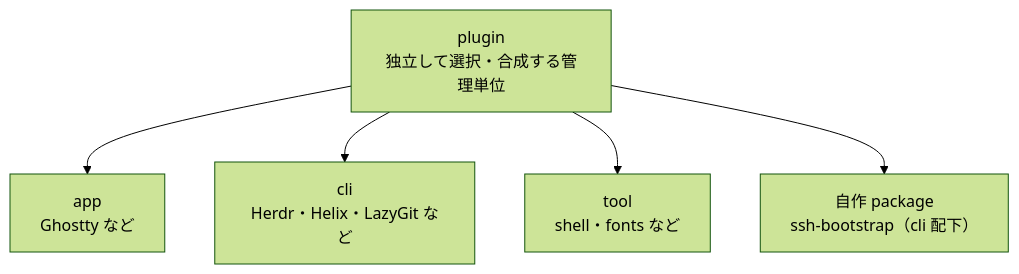
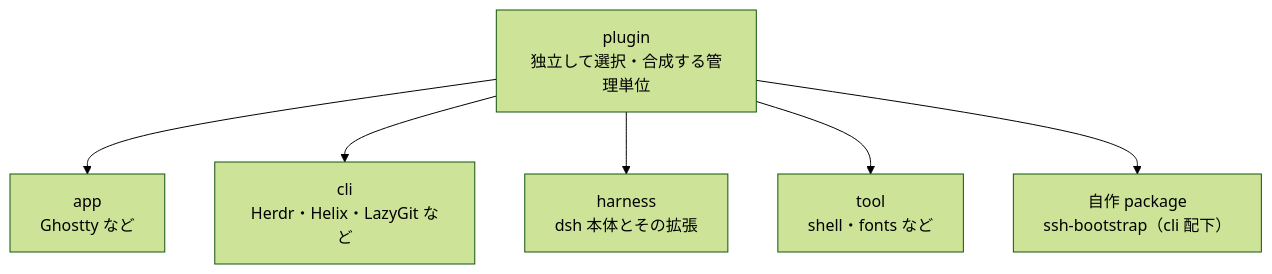
One commit to 50ki-1706/dotfiles changed the first of 2 diagrams in README.md. Above: the diagram before and after it, drawn with Mermaid (forest theme). The commit also changed other lines of this file and 87 other files, not shown here.

First line of the commit message:
feat(dsh): opendesign の tool-call index 衝突を吸収する一時 plugin を追加 (#80)

````diff
--- a/README.md
+++ b/README.md
@@ -38,8 +38,9 @@
 ```mermaid
 flowchart TB
     plugin["plugin<br/>独立して選択・合成する管理単位"]
     plugin --> app["app<br/>Ghostty など"]
     plugin --> cli["cli<br/>Herdr・Helix・LazyGit など"]
+    plugin --> harness["harness<br/>dsh 本体とその拡張"]
     plugin --> tool["tool<br/>shell・fonts など"]
     plugin --> custom["自作 package<br/>ssh-bootstrap（cli 配下）"]
 ```
````
